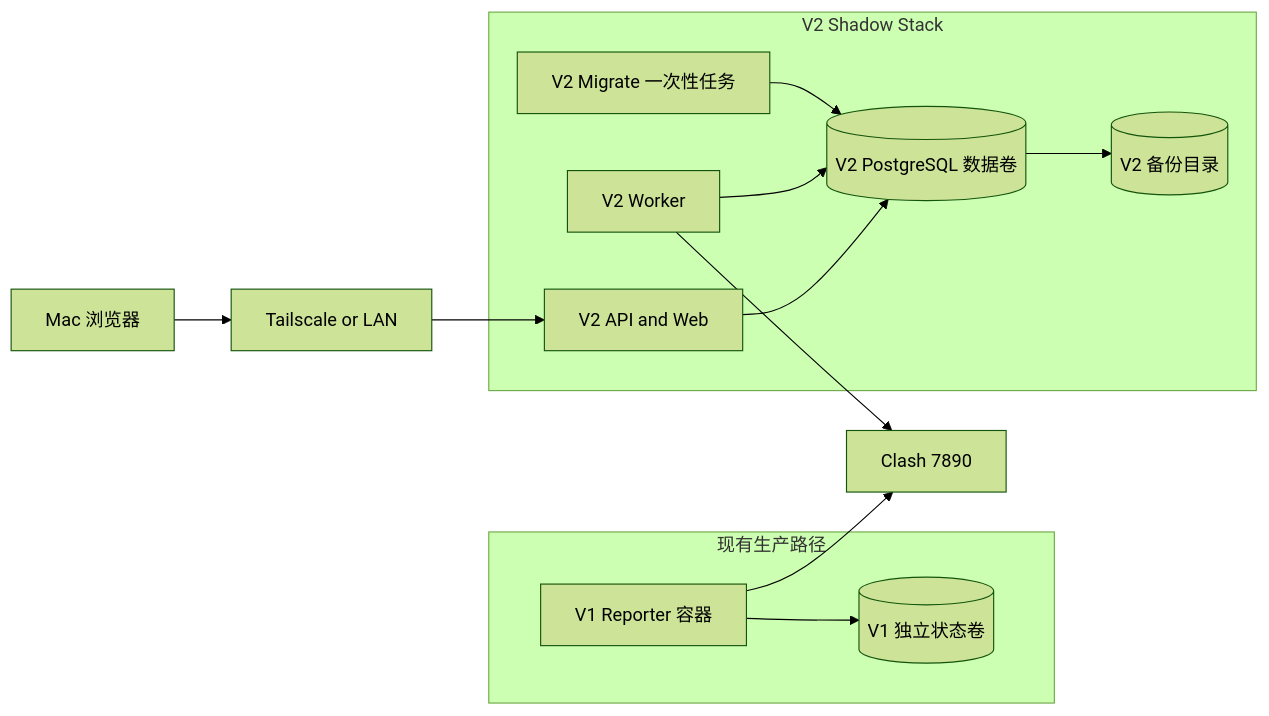
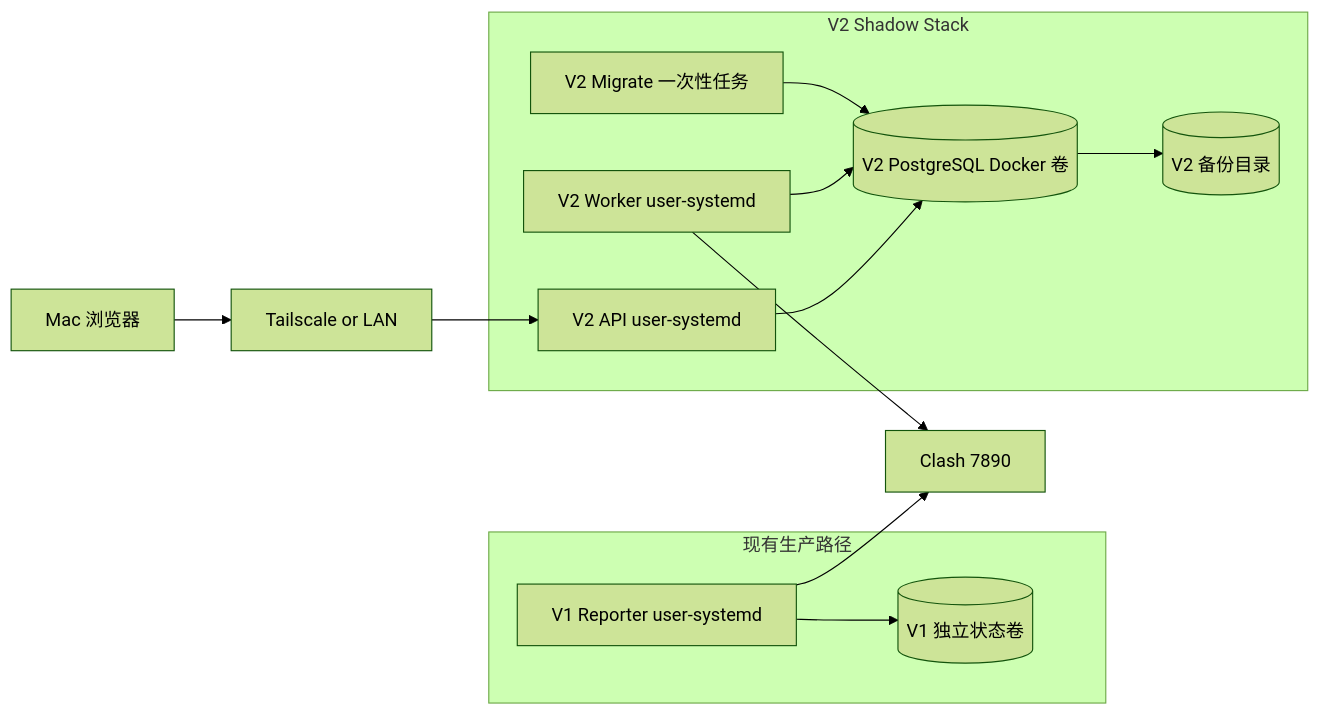
Before and after one commit to danielsonggit/binance_monitor: the third of 3 diagrams in docs/v2-technical-architecture.md, drawn with Mermaid (forest theme). The commit also changed other lines of this file and 30 other files, not shown here.

````diff
--- a/docs/v2-technical-architecture.md
+++ b/docs/v2-technical-architecture.md
@@ -304,28 +306,28 @@
 ```mermaid
 flowchart LR
     subgraph EXISTING[现有生产路径]
-        V1[V1 Reporter 容器]
+        V1[V1 Reporter user-systemd]
         V1STATE[(V1 独立状态卷)]
     end
 
     subgraph V2STACK[V2 Shadow Stack]
         MIGRATE[V2 Migrate 一次性任务]
-        WORKER[V2 Worker]
-        API[V2 API and Web]
-        PG[(V2 PostgreSQL 数据卷)]
+        WORKER[V2 Worker user-systemd]
+        API[V2 API user-systemd]
+        PG[(V2 PostgreSQL Docker 卷)]
         PGBACKUP[(V2 备份目录)]
     end
 
     CLASH[Clash 7890]
     TS[Tailscale or LAN]
     MAC[Mac 浏览器]
 
     V1 --> CLASH
     V1 --> V1STATE
     MIGRATE --> PG
     WORKER --> PG
     API --> PG
     WORKER --> CLASH
     PG --> PGBACKUP
     MAC --> TS --> API
 ```
````
